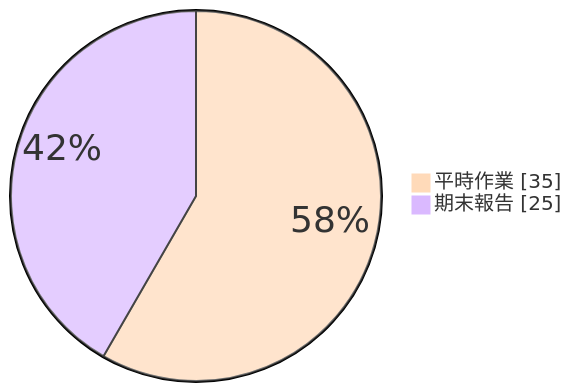
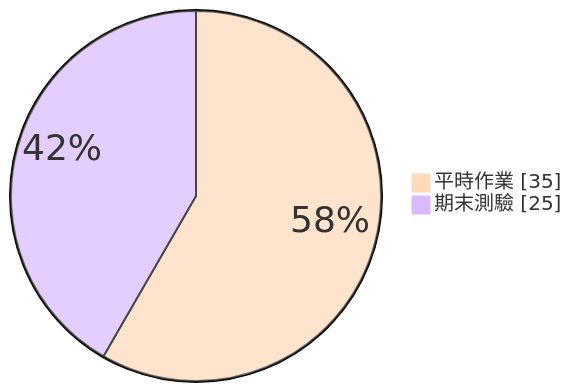
One commit to CXPhoenix/cs-first-class changed the ninth of 9 diagrams in pages/course-select.md. Above: the diagram before and after it, drawn with Mermaid. The commit also changed other lines of this file, not shown here.

````diff
--- a/pages/course-select.md
+++ b/pages/course-select.md
@@ -229,6 +231,6 @@
 ```mermaid
 %%{init: {'theme': 'base', 'themeVariables': { 'primaryColor': '#ffdab9', 'pieStrokeColor': '#333333', 'pieLegendTextColor': '#333333', 'pieLegendTextSize': '20px', 'pieSectionTextSize': '36px' }}}%%
 pie showData
     "平時作業" : 35
-    "期末報告" : 25
+    "期末測驗" : 25
 ```
````
